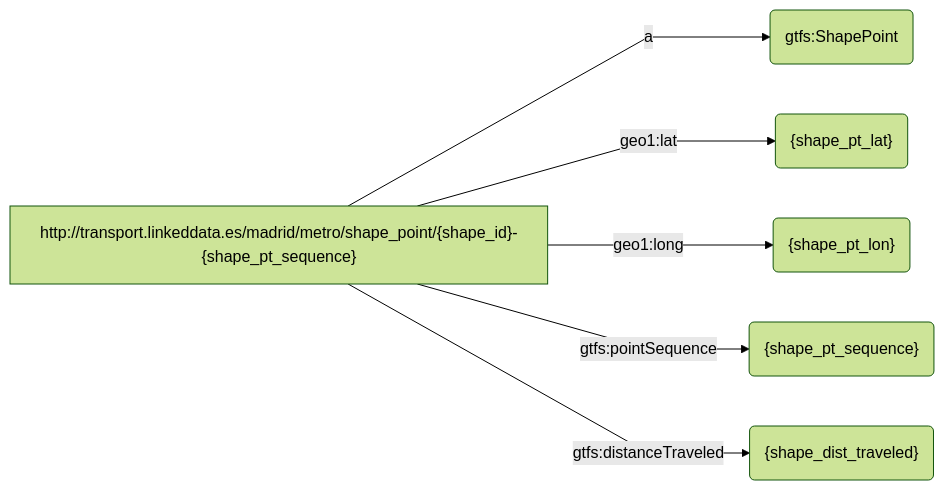
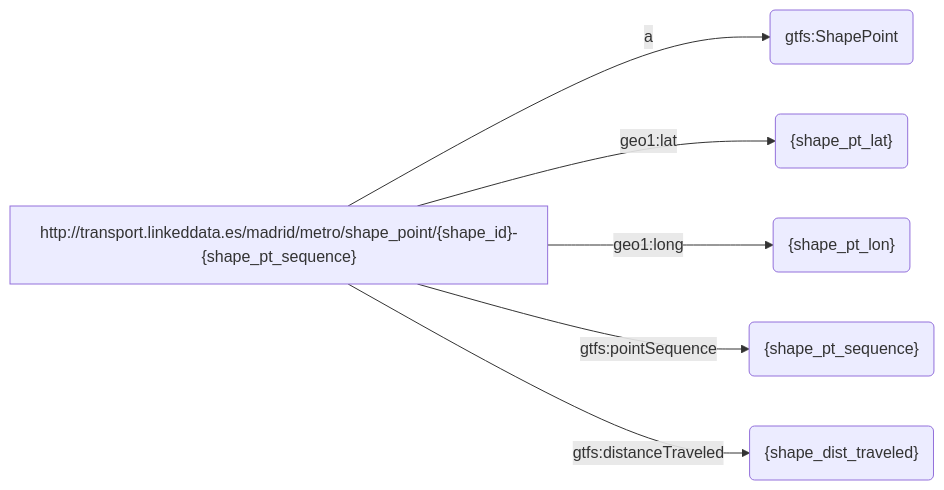
Before and after one commit to oeg-upm/rmldoc: the first of 25 diagrams in test/author/author.md, drawn with Mermaid.

````diff
--- a/test/author/author.md
+++ b/test/author/author.md
@@ -65,10 +65,10 @@
 ```mermaid
-%%{ init : { "theme" : "forest", "flowchart" : { "curve" : "linear" }}}%%
+
 flowchart LR
 S["http://transport.linkeddata.es/madrid/metro/shape_point/{shape_id}-{shape_pt_sequence}"] -->|"a"| object1("gtfs:ShapePoint")
 S["http://transport.linkeddata.es/madrid/metro/shape_point/{shape_id}-{shape_pt_sequence}"] -->|"geo1:lat"| object2("{shape_pt_lat}")
 S["http://transport.linkeddata.es/madrid/metro/shape_point/{shape_id}-{shape_pt_sequence}"] -->|"geo1:long"| object3("{shape_pt_lon}")
 S["http://transport.linkeddata.es/madrid/metro/shape_point/{shape_id}-{shape_pt_sequence}"] -->|"gtfs:pointSequence"| object4("{shape_pt_sequence}")
 S["http://transport.linkeddata.es/madrid/metro/shape_point/{shape_id}-{shape_pt_sequence}"] -->|"gtfs:distanceTraveled"| object5("{shape_dist_traveled}")
     
 ``` 
````
